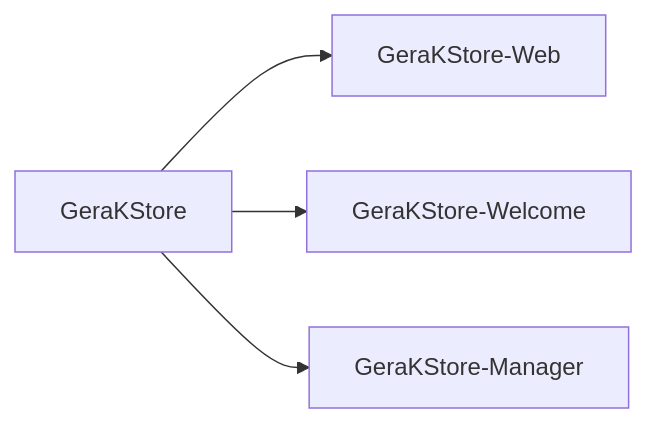
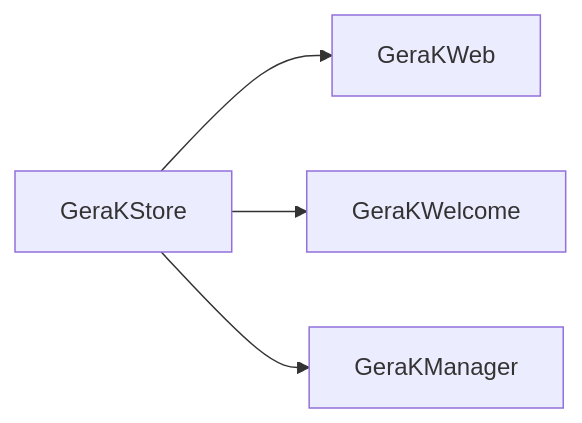
One commit to gkuhtov/GeraKProtocol changed the second of 2 diagrams in АРХИТЕКТУРА.md. Above: the diagram before and after it, drawn with Mermaid. The commit also changed other lines of this file, not shown here.

Commit message:
Обновлены имена проектов в архитектуре GeraKProtocol

````diff
--- a/АРХИТЕКТУРА.md
+++ b/АРХИТЕКТУРА.md
@@ -164,12 +164,12 @@
 ```mermaid
 flowchart LR
     S["GeraKStore"]
 
-    W["GeraKStore-Web"]
-    H["GeraKStore-Welcome"]
-    M["GeraKStore-Manager"]
+    W["GeraKWeb"]
+    H["GeraKWelcome"]
+    M["GeraKManager"]
 
     S --> W
     S --> H
     S --> M
 ```
````
